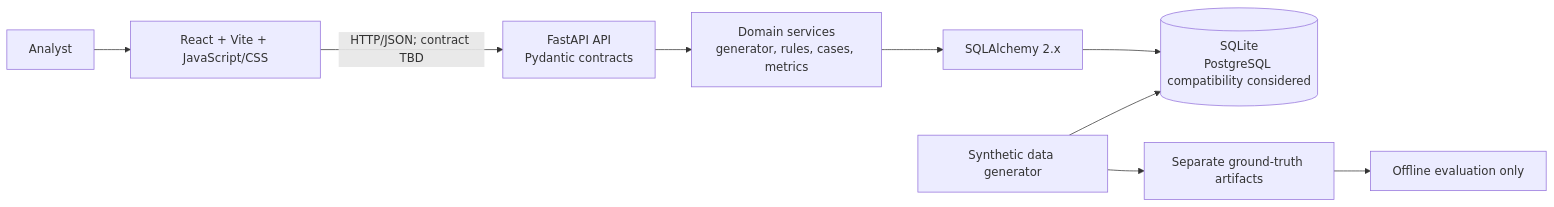
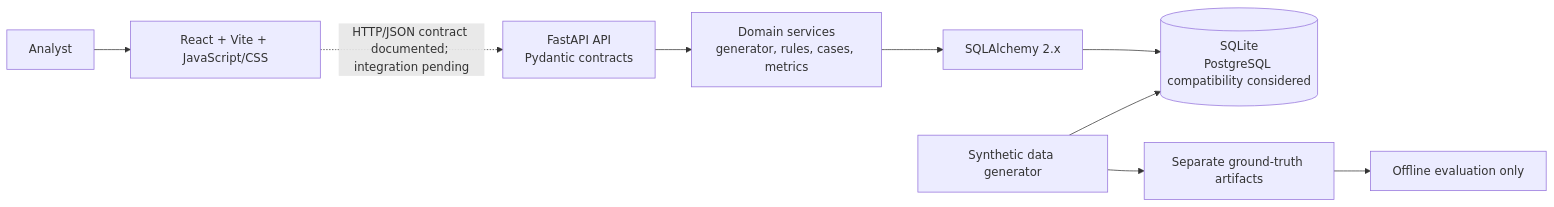
One commit to yagnaakula229/YottaFlex.Ai-Round4 changed the second of 4 diagrams in docs/project_handover/ARCHITECTURE_REFERENCE.md. Above: the diagram before and after it, drawn with Mermaid. The commit also changed other lines of this file and 26 other files, not shown here.

````diff
--- a/docs/project_handover/ARCHITECTURE_REFERENCE.md
+++ b/docs/project_handover/ARCHITECTURE_REFERENCE.md
@@ -22,20 +28,20 @@
 ```mermaid
 flowchart LR
     Analyst["Analyst"]
     UI["React + Vite + JavaScript/CSS"]
     API["FastAPI API<br/>Pydantic contracts"]
     Services["Domain services<br/>generator, rules, cases, metrics"]
     ORM["SQLAlchemy 2.x"]
     DB[("SQLite<br/>PostgreSQL compatibility considered")]
     Truth["Separate ground-truth artifacts"]
     Metrics["Offline evaluation only"]
 
     Analyst --> UI
-    UI -->|"HTTP/JSON; contract TBD"| API
+    UI -. "HTTP/JSON contract documented; integration pending" .-> API
     API --> Services
     Services --> ORM
     ORM --> DB
     Generator["Synthetic data generator"] --> DB
     Generator --> Truth
     Truth --> Metrics
 ```
````
